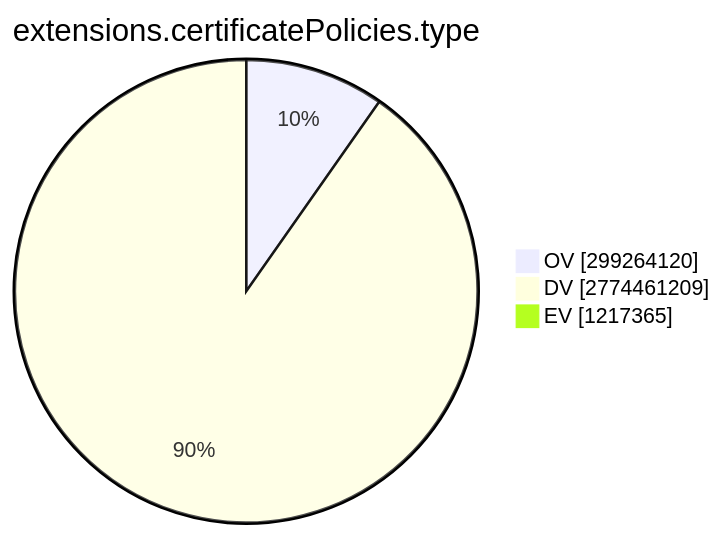
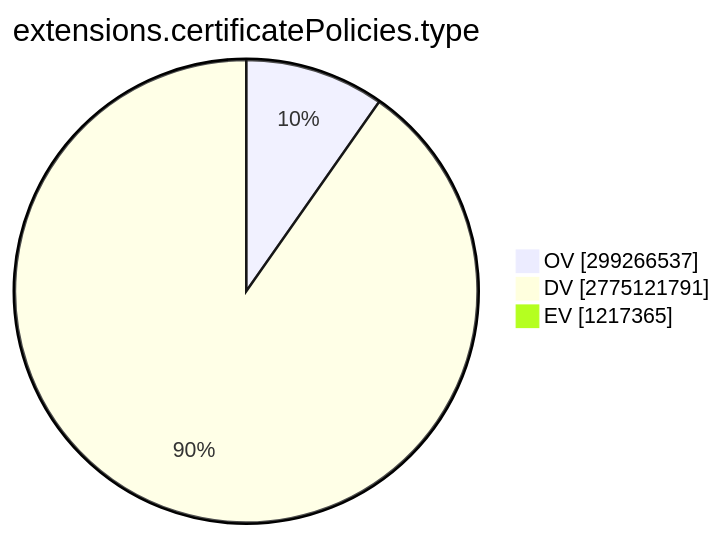
One commit to christiankrug/ctmonitor_visualization changed the ninth of 15 diagrams in TOTAL/README.md. Above: the diagram before and after it, drawn with Mermaid. The commit also changed other lines of this file, not shown here.

````diff
--- a/TOTAL/README.md
+++ b/TOTAL/README.md
@@ -3101,7 +3101,7 @@
 ```mermaid
 pie showData
 title extensions.certificatePolicies.type
-"OV" :299264120
-"DV" :2774461209
+"OV" :299266537
+"DV" :2775121791
 "EV" :1217365
 ```
````
